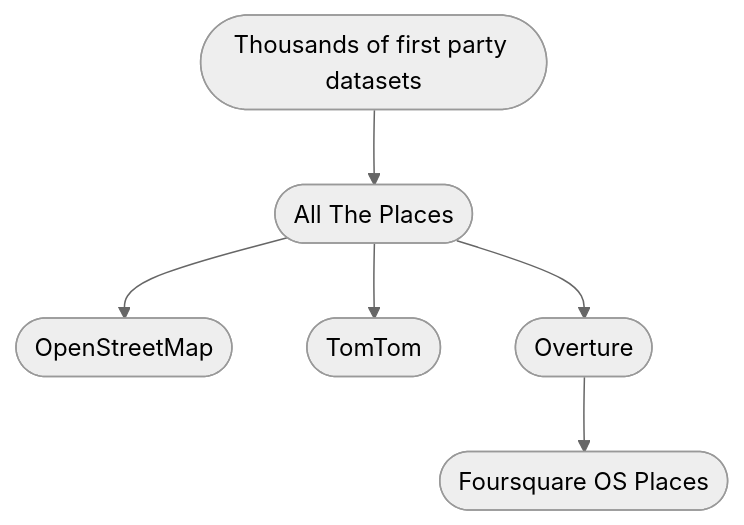
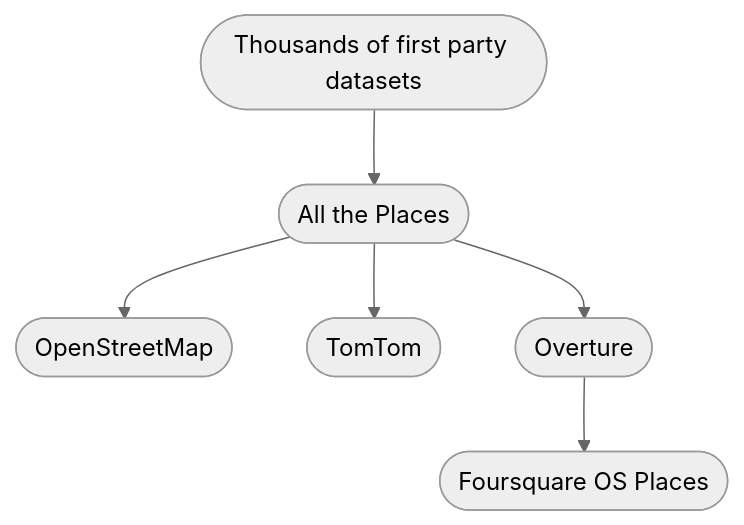
The diagram in README.md (alltheplaces/alltheplaces), drawn with Mermaid (neutral theme) before and after one commit. The commit also changed 4 other files, not shown here.

Commit message:
Unify on All the Places

````diff
--- a/README.md
+++ b/README.md
@@ -10,25 +10,25 @@
 ```mermaid
 ---
 sources:
       overture: https://docs.overturemaps.org/blog/2025/11/19/release-notes/#places
       foursquare: https://docs.foursquare.com/data-products/docs/fsq-os-places-release-notes#november-2025
 ---
 flowchart
    Spiders(["Thousands of first party datasets"])
-   ATP(["All The Places"])
+   ATP(["All the Places"])
    click ATP "https://alltheplaces.xyz/"
    OSM(["OpenStreetMap"])
    click OSM "https://www.openstreetmap.org/"
    TT(["TomTom"])
    click TT "https://www.tomtom.com/"
    Overture(["Overture"])
    click Overture "https://overturemaps.org/"
    Foursquare(["Foursquare OS Places"])
    click Foursquare "https://opensource.foursquare.com/os-places/"
 
    Spiders --> ATP
    ATP --> TT
    ATP --> OSM
    ATP --> Overture
    Overture --> Foursquare
 ```
````
